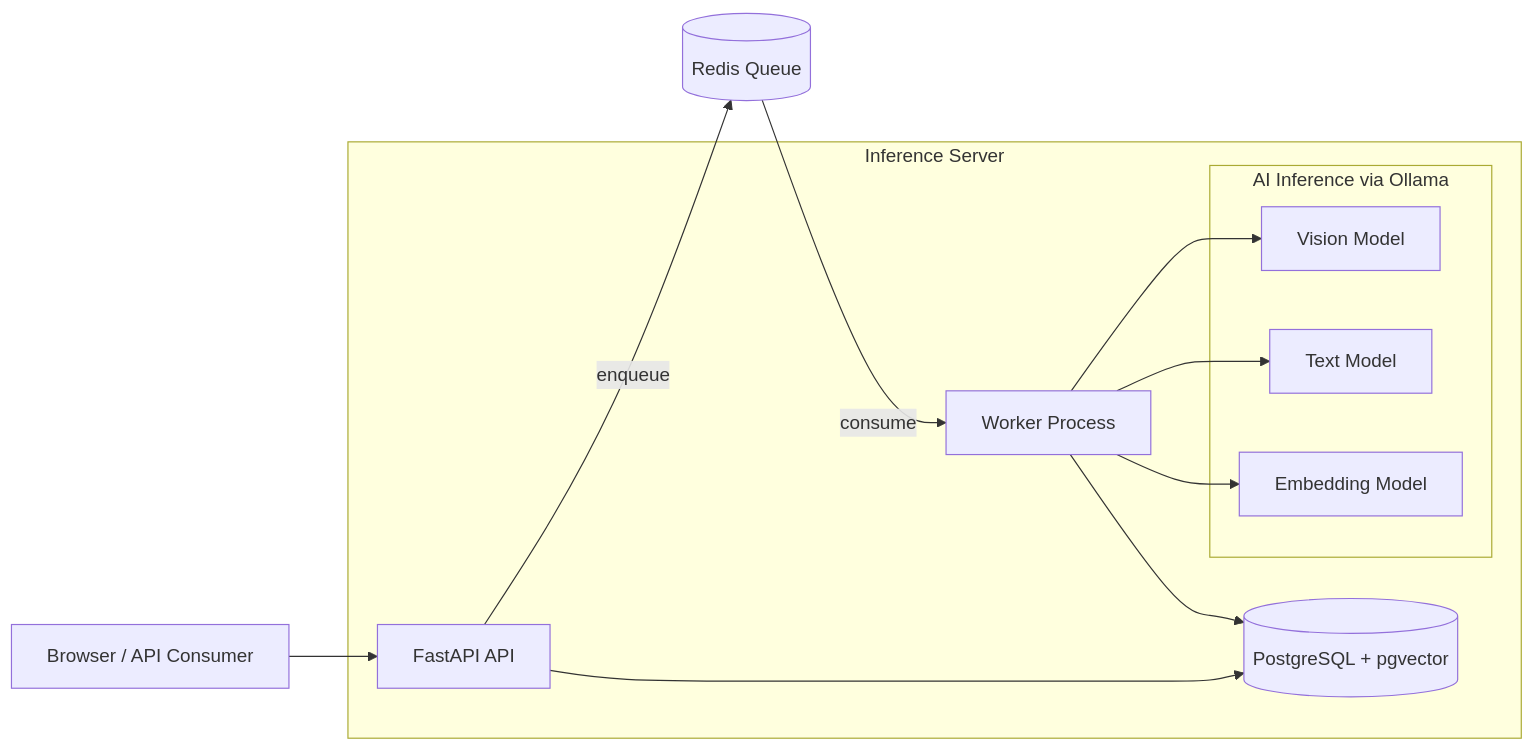
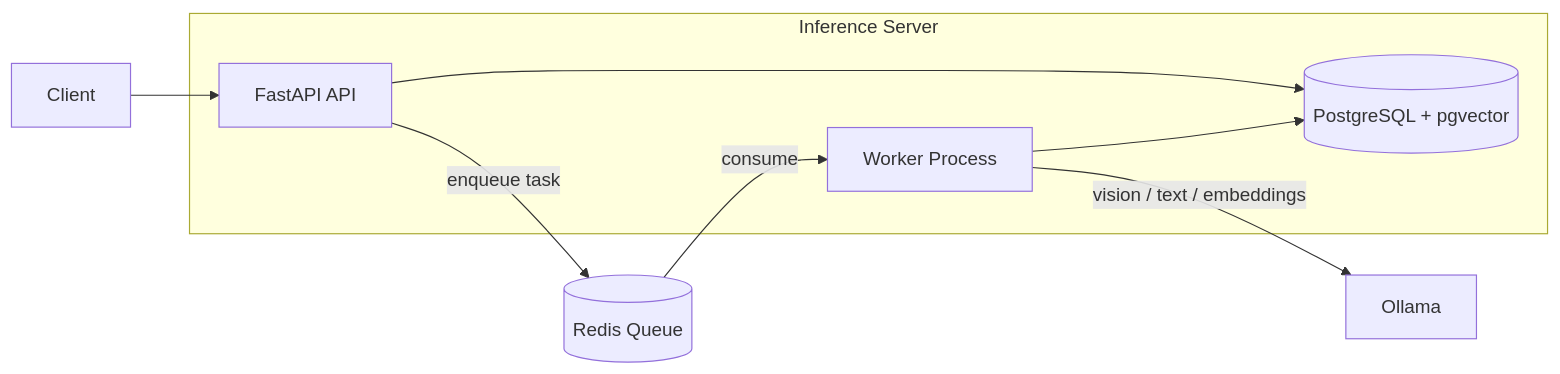
Before and after one commit to theruderaw/medgemma-inference-server: the diagram in README.md, drawn with Mermaid. The commit also changed other lines of this file, not shown here.

````diff
--- a/README.md
+++ b/README.md
@@ -148,24 +16,16 @@
 ```mermaid
 flowchart LR
-    A[Browser / API Consumer] --> B[FastAPI API]
-    B -->|enqueue| R[(Redis Queue)]
+    A[Client] --> B[FastAPI API]
+    B -->|enqueue task| R[(Redis Queue)]
     R -->|consume| W[Worker Process]
 
-    subgraph InferenceServer [Inference Server]
+    subgraph Server [Inference Server]
         B
         W
         C[(PostgreSQL + pgvector)]
-
-        subgraph AI [AI Inference via Ollama]
-            D[Vision Model]
-            E[Text Model]
-            F[Embedding Model]
-        end
     end
 
-    W --> D
-    W --> E
-    W --> F
+    W -->|vision / text / embeddings| O[Ollama]
     B --> C
     W --> C
 ```
````
